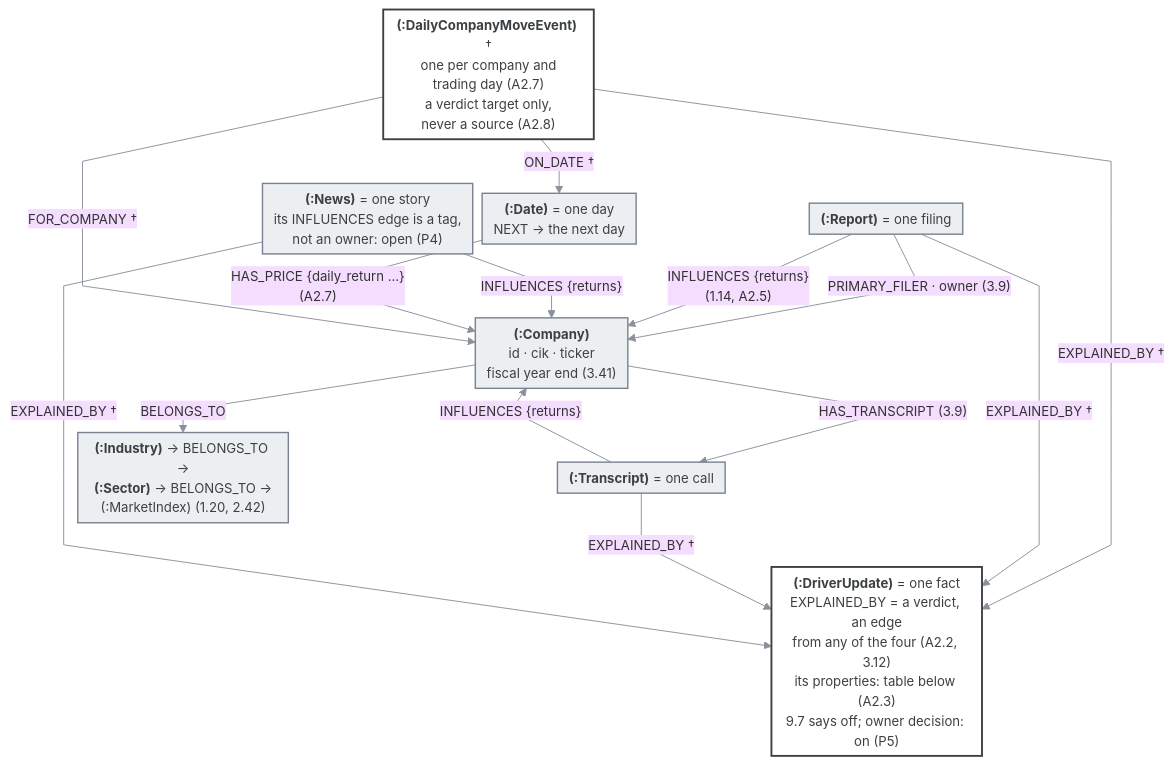
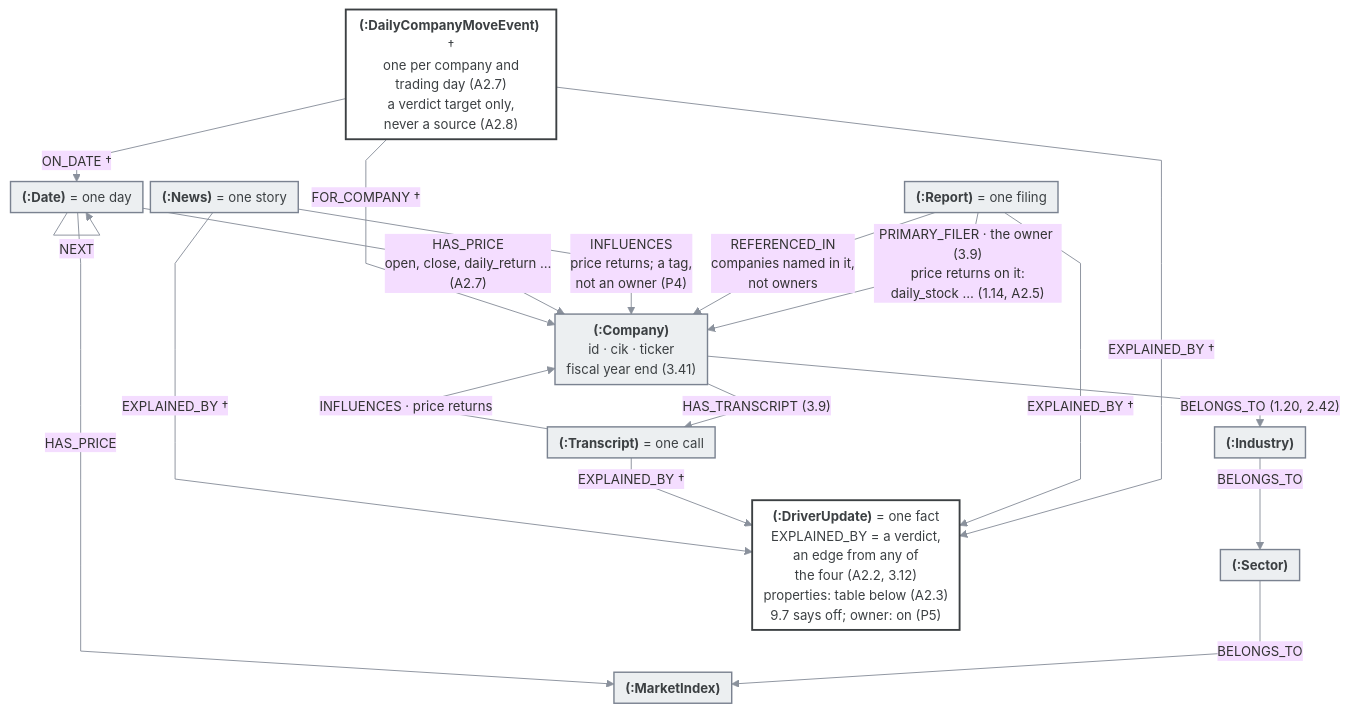
Before and after one commit to faisalanjum/EventTrader: the second of 3 diagrams in .claude/plans/Drivers/DriversFinal/DRIVER_RULES_Categorized.md, drawn with Mermaid. The commit also changed other lines of this file and 2 other files, not shown here.

````diff
--- a/.claude/plans/Drivers/DriversFinal/DRIVER_RULES_Categorized.md
+++ b/.claude/plans/Drivers/DriversFinal/DRIVER_RULES_Categorized.md
@@ -67,31 +65,37 @@
 ```mermaid
-%%{init: {"theme": "base", "flowchart": {"curve": "linear", "nodeSpacing": 10, "rankSpacing": 26, "padding": 6, "htmlLabels": true}, "themeVariables": {"fontFamily": "Arial", "fontSize": "14px", "lineColor": "#8a919c"}}}%%
+%%{init: {"theme": "base", "flowchart": {"curve": "linear", "nodeSpacing": 8, "rankSpacing": 24, "padding": 6, "htmlLabels": true}, "themeVariables": {"fontFamily": "Arial", "fontSize": "14px", "lineColor": "#8a919c"}}}%%
 flowchart TB
-        RP["<b>(:Report)</b> = one filing"]
-        TR["<b>(:Transcript)</b> = one call"]
-        NW["<b>(:News)</b> = one story<br/>its INFLUENCES edge is a tag,<br/>not an owner: open (P4)"]
-        CO["<b>(:Company)</b><br/>id · cik · ticker<br/>fiscal year end (3.41)"]
-        INS["<b>(:Industry)</b> → BELONGS_TO →<br/><b>(:Sector)</b> → BELONGS_TO →<br/>(:MarketIndex) (1.20, 2.42)"]
-        DT["<b>(:Date)</b> = one day<br/>NEXT → the next day"]
-        DC["<b>(:DailyCompanyMoveEvent)</b> †<br/>one per company and<br/>trading day (A2.7)<br/>a verdict target only,<br/>never a source (A2.8)"]
-    DU["<b>(:DriverUpdate)</b> = one fact<br/>EXPLAINED_BY = a verdict, an edge<br/>from any of the four (A2.2, 3.12)<br/>its properties: table below (A2.3)<br/>9.7 says off; owner decision: on (P5)"]
+    RP["<b>(:Report)</b> = one filing"]
+    TR["<b>(:Transcript)</b> = one call"]
+    NW["<b>(:News)</b> = one story"]
+    CO["<b>(:Company)</b><br/>id · cik · ticker<br/>fiscal year end (3.41)"]
+    IN["<b>(:Industry)</b>"]
+    SC["<b>(:Sector)</b>"]
+    MI["<b>(:MarketIndex)</b>"]
+    DT["<b>(:Date)</b> = one day"]
+    DC["<b>(:DailyCompanyMoveEvent)</b> †<br/>one per company and<br/>trading day (A2.7)<br/>a verdict target only,<br/>never a source (A2.8)"]
+    DU["<b>(:DriverUpdate)</b> = one fact<br/>EXPLAINED_BY = a verdict,<br/>an edge from any of<br/>the four (A2.2, 3.12)<br/>properties: table below (A2.3)<br/>9.7 says off; owner: on (P5)"]
 
-    RP -->|"PRIMARY_FILER · owner (3.9)"| CO
+    RP -->|"PRIMARY_FILER · the owner (3.9)<br/>price returns on it:<br/>daily_stock … (1.14, A2.5)"| CO
+    RP -->|"REFERENCED_IN<br/>companies named in it,<br/>not owners"| CO
     CO -->|"HAS_TRANSCRIPT (3.9)"| TR
-    RP -->|"INFLUENCES #123;returns#125;<br/>(1.14, A2.5)"| CO
-    TR -->|"INFLUENCES #123;returns#125;"| CO
-    NW -->|"INFLUENCES #123;returns#125;"| CO
-    CO -->|"BELONGS_TO"| INS
-    DT -->|"HAS_PRICE #123;daily_return …#125;<br/>(A2.7)"| CO
+    TR -->|"INFLUENCES · price returns"| CO
+    NW -->|"INFLUENCES<br/>price returns; a tag,<br/>not an owner (P4)"| CO
+    CO -->|"BELONGS_TO (1.20, 2.42)"| IN
+    IN -->|"BELONGS_TO"| SC
+    SC -->|"BELONGS_TO"| MI
+    DT -->|"HAS_PRICE<br/>open, close, daily_return …<br/>(A2.7)"| CO
+    DT -->|"HAS_PRICE"| MI
+    DT -->|"NEXT"| DT
     DC -->|"FOR_COMPANY †"| CO
     DC -->|"ON_DATE †"| DT
     DC -->|"EXPLAINED_BY †"| DU
     RP -->|"EXPLAINED_BY †"| DU
     TR -->|"EXPLAINED_BY †"| DU
     NW -->|"EXPLAINED_BY †"| DU
 
     classDef fact fill:#ffffff,stroke:#3c4043,stroke-width:2px,color:#3c4043
     classDef old fill:#eceff1,stroke:#7a8290,stroke-width:1.5px,color:#3c4043
     class DU,DC fact
-    class CO,INS,RP,TR,NW,DT old
+    class CO,IN,SC,MI,RP,TR,NW,DT old
 ```
````
